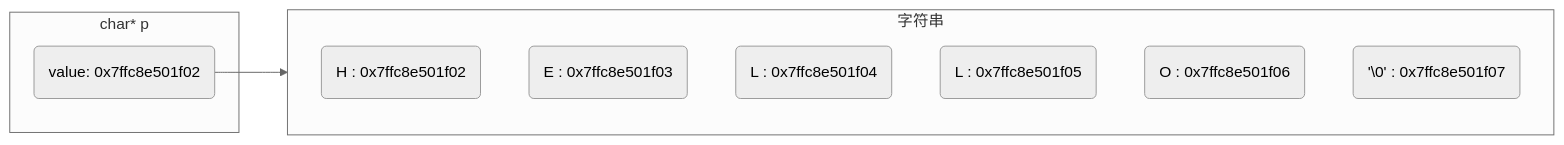
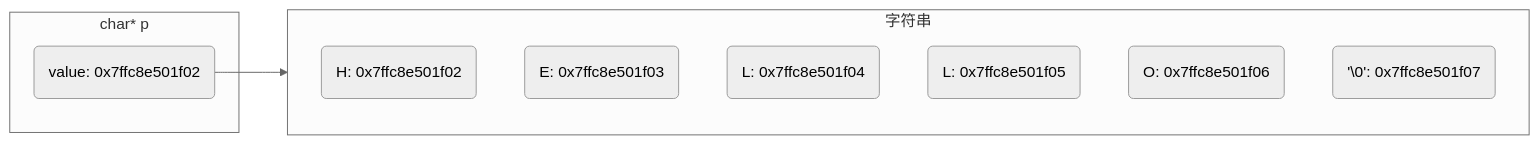
One commit to dmjcb/dmjcb.github.io changed the second of 2 diagrams in _posts/c_c++/2021-11-06-variable.md. Above: the diagram before and after it, drawn with Mermaid (neutral theme). The commit also changed other lines of this file and 22 other files, not shown here.

````diff
--- a/_posts/c_c++/2021-11-06-variable.md
+++ b/_posts/c_c++/2021-11-06-variable.md
@@ -338,16 +338,16 @@
 ```mermaid
 graph LR
     subgraph 字符串
         direction TB
-        a0(H : 0x7ffc8e501f02)
-        a1(E : 0x7ffc8e501f03)
-        a2(L : 0x7ffc8e501f04)
-        a3(L : 0x7ffc8e501f05)
-        a4(O : 0x7ffc8e501f06)
-        a5('\0' : 0x7ffc8e501f07)
+        a0(H: 0x7ffc8e501f02)
+        a1(E: 0x7ffc8e501f03)
+        a2(L: 0x7ffc8e501f04)
+        a3(L: 0x7ffc8e501f05)
+        a4(O: 0x7ffc8e501f06)
+        a5('\0': 0x7ffc8e501f07)
     end
     subgraph char* p
         v(value: 0x7ffc8e501f02)
     end
     v-->a0
 ```
````
